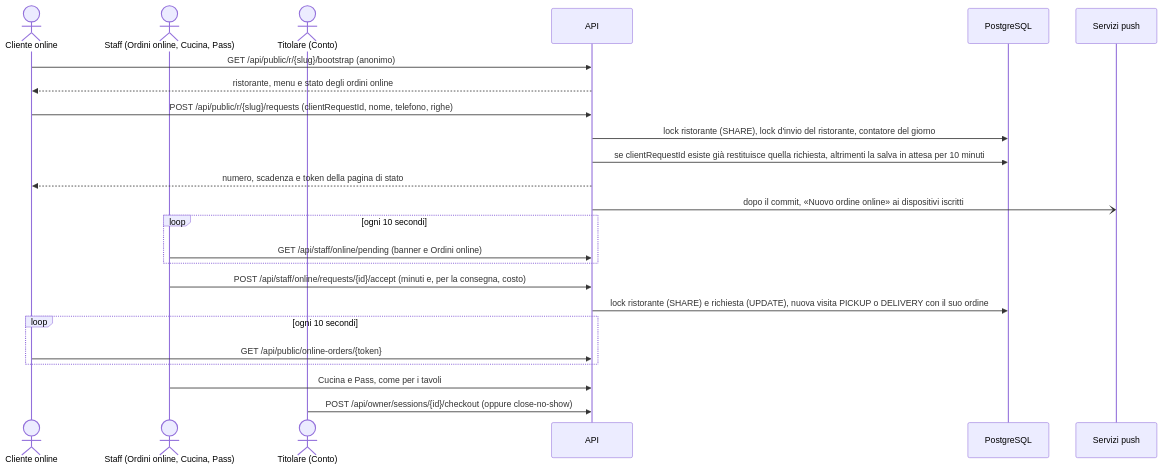
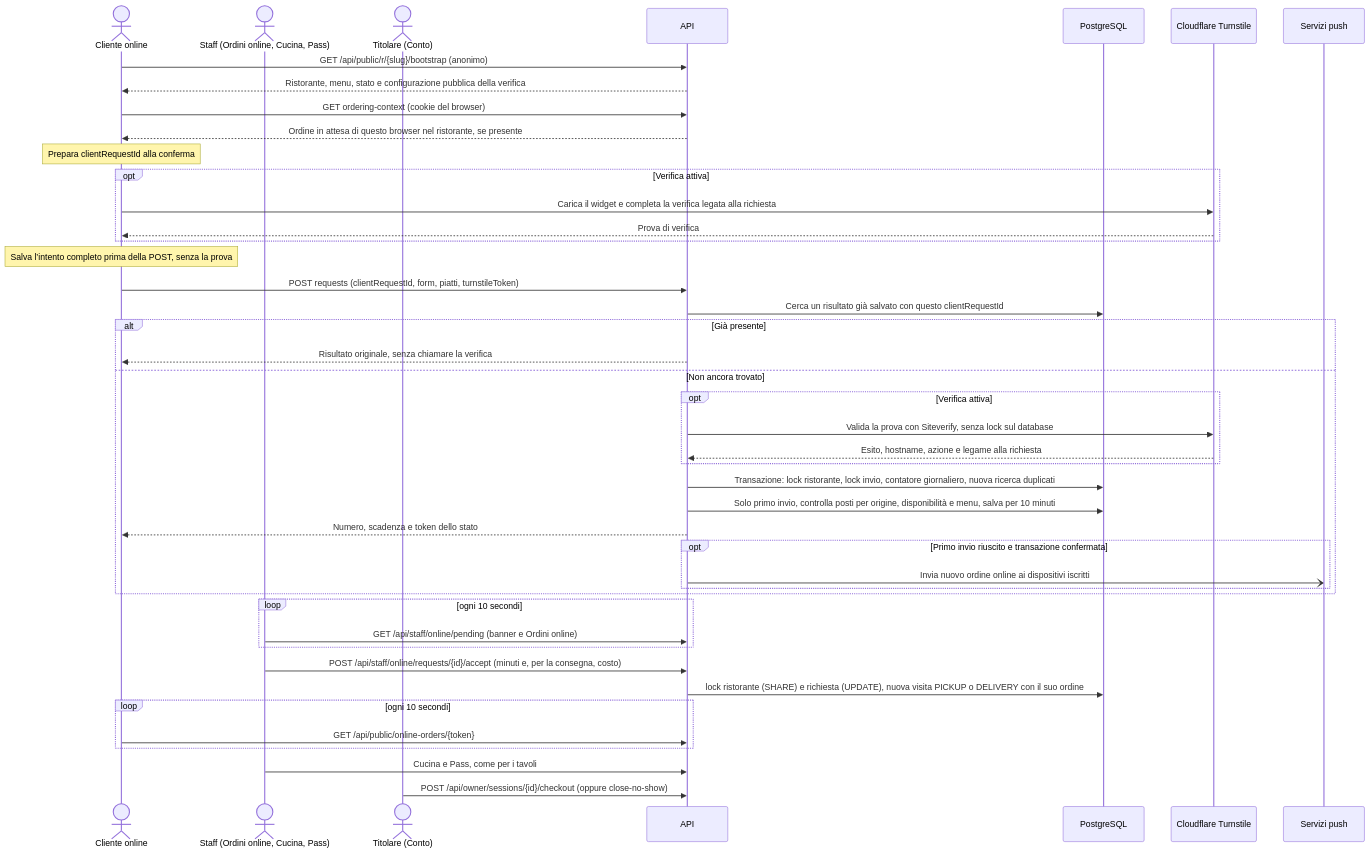
One commit to lorenzoyang/TavoloFlow changed the fourth of 5 diagrams in docs/it/development-notes.md. Above: the diagram before and after it, drawn with Mermaid. The commit also changed other lines of this file and 8 other files, not shown here.

````diff
--- a/docs/it/development-notes.md
+++ b/docs/it/development-notes.md
@@ -395,27 +395,47 @@
 ```mermaid
 sequenceDiagram
   actor C as Cliente online
   actor S as Staff (Ordini online, Cucina, Pass)
   actor T as Titolare (Conto)
   participant A as API
   participant D as PostgreSQL
+  participant V as Cloudflare Turnstile
   participant P as Servizi push
 
   C->>A: GET /api/public/r/{slug}/bootstrap (anonimo)
-  A-->>C: ristorante, menu e stato degli ordini online
-  C->>A: POST /api/public/r/{slug}/requests (clientRequestId, nome, telefono, righe)
-  A->>D: lock ristorante (SHARE), lock d'invio del ristorante, contatore del giorno
-  A->>D: se clientRequestId esiste già restituisce quella richiesta, altrimenti la salva in attesa per 10 minuti
-  A-->>C: numero, scadenza e token della pagina di stato
-  A-)P: dopo il commit, «Nuovo ordine online» ai dispositivi iscritti
+  A-->>C: Ristorante, menu, stato e configurazione pubblica della verifica
+  C->>A: GET ordering-context (cookie del browser)
+  A-->>C: Ordine in attesa di questo browser nel ristorante, se presente
+  Note over C: Prepara clientRequestId alla conferma
+  opt Verifica attiva
+    C->>V: Carica il widget e completa la verifica legata alla richiesta
+    V-->>C: Prova di verifica
+  end
+  Note over C: Salva l’intento completo prima della POST, senza la prova
+  C->>A: POST requests (clientRequestId, form, piatti, turnstileToken)
+  A->>D: Cerca un risultato già salvato con questo clientRequestId
+  alt Già presente
+    A-->>C: Risultato originale, senza chiamare la verifica
+  else Non ancora trovato
+    opt Verifica attiva
+      A->>V: Valida la prova con Siteverify, senza lock sul database
+      V-->>A: Esito, hostname, azione e legame alla richiesta
+    end
+    A->>D: Transazione: lock ristorante, lock invio, contatore giornaliero, nuova ricerca duplicati
+    A->>D: Solo primo invio, controlla posti per origine, disponibilità e menu, salva per 10 minuti
+    A-->>C: Numero, scadenza e token dello stato
+    opt Primo invio riuscito e transazione confermata
+      A-)P: Invia nuovo ordine online ai dispositivi iscritti
+    end
+  end
   loop ogni 10 secondi
     S->>A: GET /api/staff/online/pending (banner e Ordini online)
   end
   S->>A: POST /api/staff/online/requests/{id}/accept (minuti e, per la consegna, costo)
   A->>D: lock ristorante (SHARE) e richiesta (UPDATE), nuova visita PICKUP o DELIVERY con il suo ordine
   loop ogni 10 secondi
     C->>A: GET /api/public/online-orders/{token}
   end
   S->>A: Cucina e Pass, come per i tavoli
   T->>A: POST /api/owner/sessions/{id}/checkout (oppure close-no-show)
 ```
````
